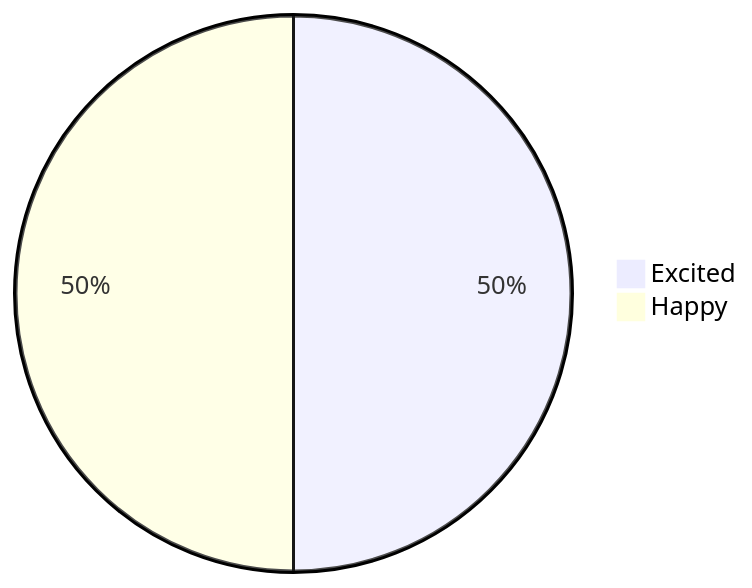
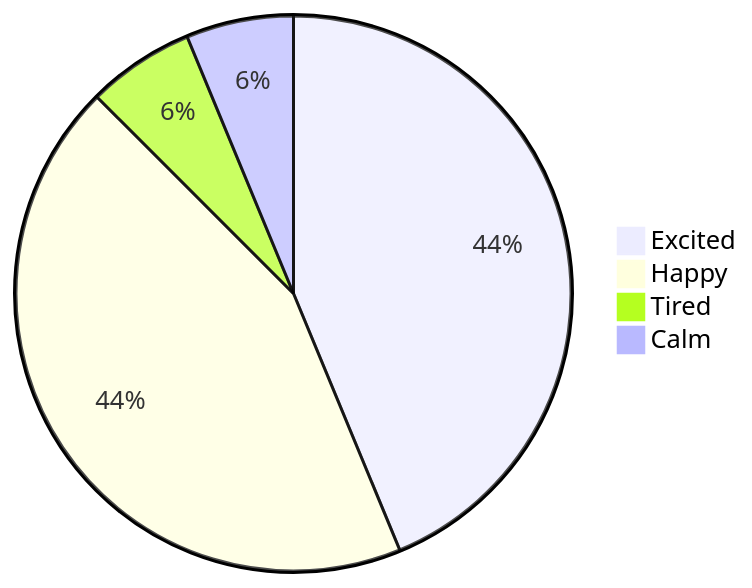
Before and after one commit to S4-Smart-mobile/S4-Smart-Mobile: the fourth of 17 diagrams in documentation/interviews-surveys/mood-mental-health-survey-V2.md, drawn with Mermaid. The commit also changed other lines of this file, not shown here.

````diff
--- a/documentation/interviews-surveys/mood-mental-health-survey-V2.md
+++ b/documentation/interviews-surveys/mood-mental-health-survey-V2.md
@@ -114,5 +127,7 @@
 ```mermaid
 pie
-"Excited": 1
-"Happy": 1
+"Excited": 7
+"Happy": 7
+"Tired": 1
+"Calm": 1
 ```
````
